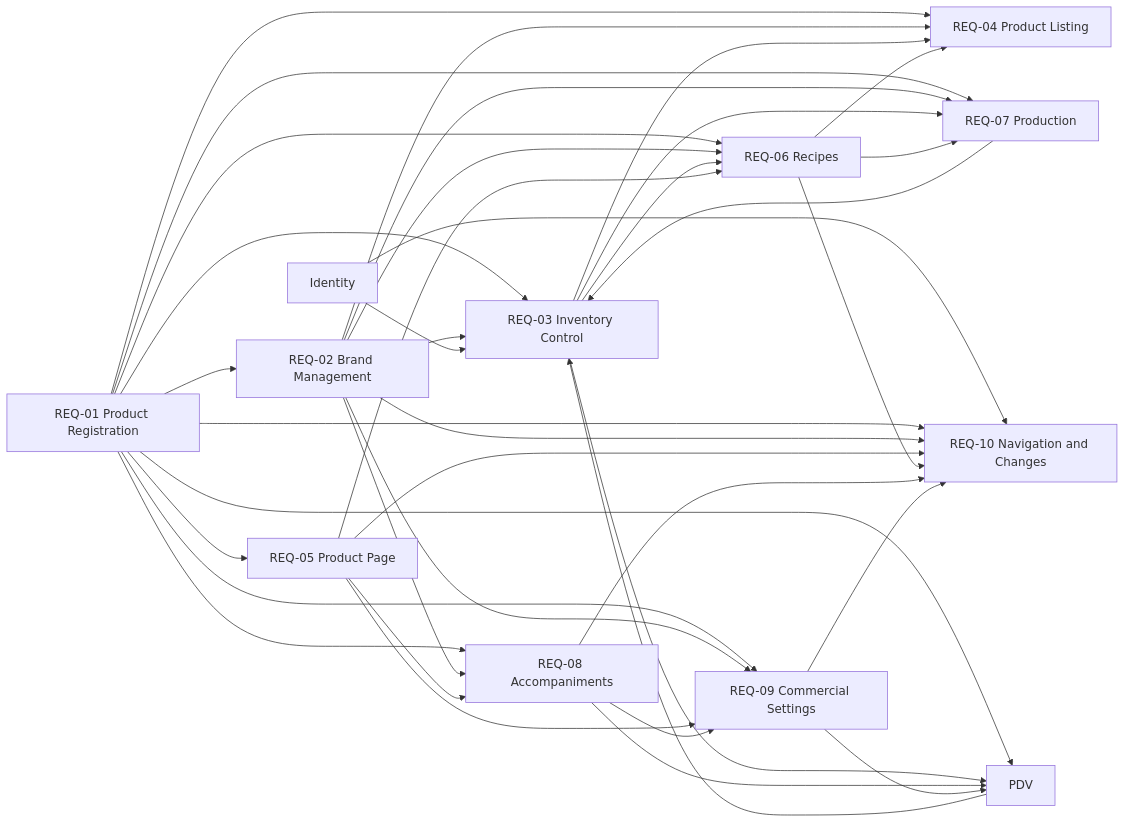
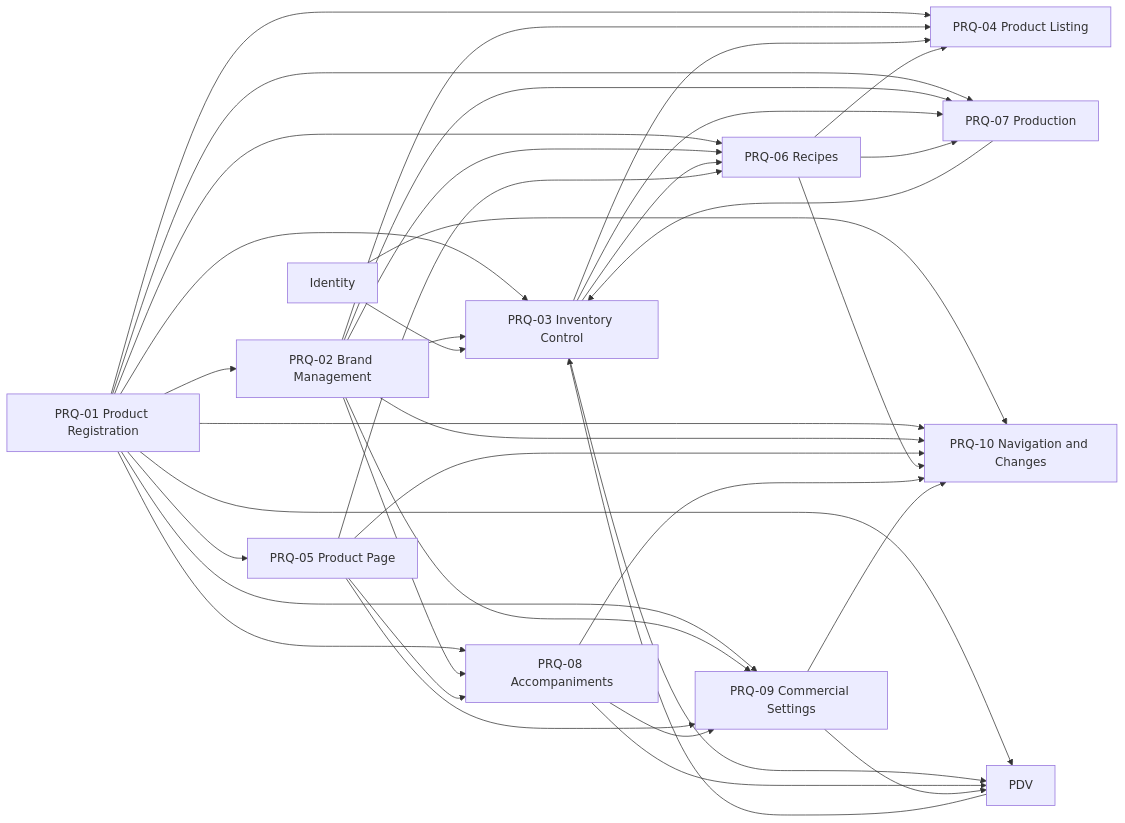
Before and after one commit to rafinel/scoops: the diagram in documentation/prds/mrp.md, drawn with Mermaid. The commit also changed other lines of this file and 24 other files, not shown here.

Commit message:
docs(prd): update requirement identifiers from REQ-* to PRQ-* across multiple documents

````diff
--- a/documentation/prds/mrp.md
+++ b/documentation/prds/mrp.md
@@ -633,53 +633,53 @@
 ```mermaid
 flowchart LR
     ID[Identity]
     PDV[PDV]
-    R1[REQ-01 Product Registration]
-    R2[REQ-02 Brand Management]
-    R3[REQ-03 Inventory Control]
-    R4[REQ-04 Product Listing]
-    R5[REQ-05 Product Page]
-    R6[REQ-06 Recipes]
-    R7[REQ-07 Production]
-    R8[REQ-08 Accompaniments]
-    R9[REQ-09 Commercial Settings]
-    R10[REQ-10 Navigation and Changes]
+    R1[PRQ-01 Product Registration]
+    R2[PRQ-02 Brand Management]
+    R3[PRQ-03 Inventory Control]
+    R4[PRQ-04 Product Listing]
+    R5[PRQ-05 Product Page]
+    R6[PRQ-06 Recipes]
+    R7[PRQ-07 Production]
+    R8[PRQ-08 Accompaniments]
+    R9[PRQ-09 Commercial Settings]
+    R10[PRQ-10 Navigation and Changes]
 
     R1 --> R2
     R1 --> R3
     R1 --> R4
     R1 --> R5
     R1 --> R6
     R1 --> R7
     R1 --> R8
     R1 --> R9
     R1 --> PDV
     R2 --> R3
     R2 --> R4
     R2 --> R6
     R2 --> R7
     R2 --> R8
     R2 --> R9
     R3 --> R4
     R3 --> R6
     R3 --> R7
     R3 --> PDV
     R5 --> R6
     R5 --> R8
     R5 --> R9
     R6 --> R4
     R6 --> R7
     R7 --> R3
     R8 --> R9
     R8 --> PDV
     R9 --> PDV
     ID --> R3
     ID --> R10
     PDV --> R3
     R1 --> R10
     R2 --> R10
     R5 --> R10
     R6 --> R10
     R8 --> R10
     R9 --> R10
 ```
````
